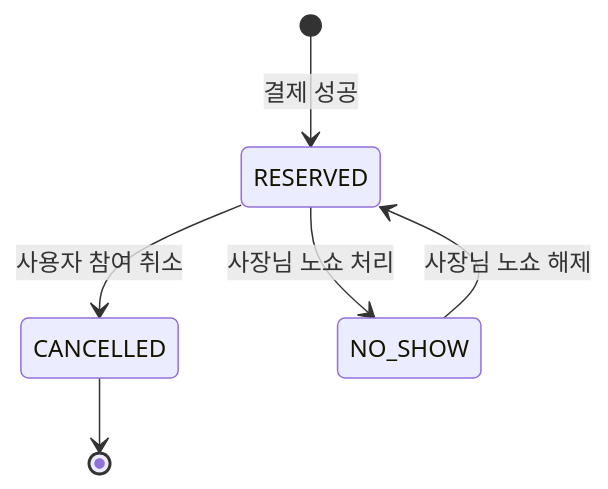
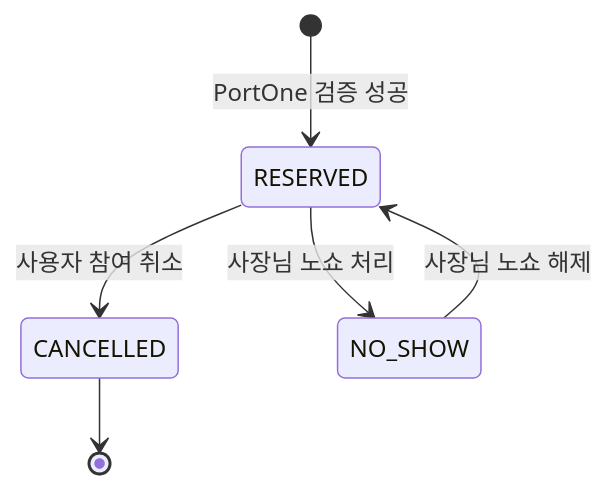
One commit to bobfull-project/bobfull-backend changed the seventh of 8 diagrams in docs/bobfull_full_flowchart_mermaid.md. Above: the diagram before and after it, drawn with Mermaid. The commit also changed other lines of this file, not shown here.

Commit message:
docs: PortOne 결제 흐름과 상태도 반영

````diff
--- a/docs/bobfull_full_flowchart_mermaid.md
+++ b/docs/bobfull_full_flowchart_mermaid.md
@@ -192,8 +194,8 @@
 ```mermaid
 stateDiagram-v2
-    [*] --> RESERVED: 결제 성공
+    [*] --> RESERVED: PortOne 검증 성공
     RESERVED --> CANCELLED: 사용자 참여 취소
     RESERVED --> NO_SHOW: 사장님 노쇼 처리
     NO_SHOW --> RESERVED: 사장님 노쇼 해제
     CANCELLED --> [*]
 ```
````
